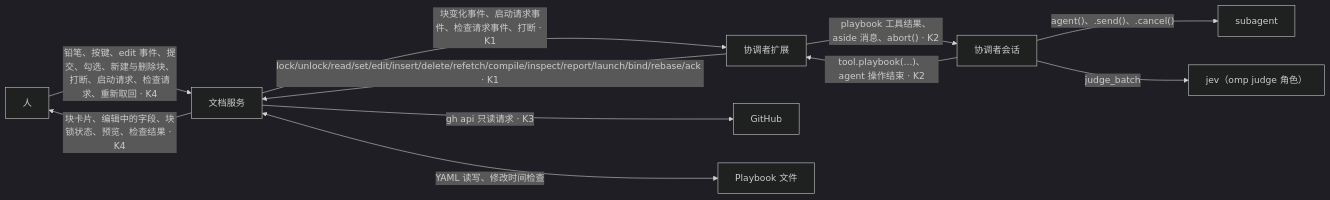
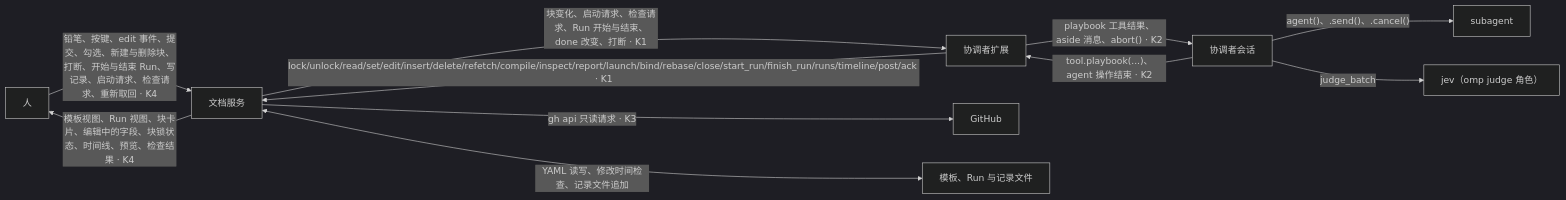
The fourth of 4 diagrams in design/README.md (mouriya-s-lab/tern-playbooks), drawn with Mermaid (dark theme) before and after one commit. The commit also changed other lines of this file and 5 other files, not shown here.

Commit message:
design: templates and runs, run timeline and records, block-result references; usage scenarios U1-U4

````diff
--- a/design/README.md
+++ b/design/README.md
@@ -249,13 +289,13 @@
 ```mermaid
 flowchart LR
-  Human["人"] -->|"铅笔、按键、edit 事件、提交、勾选、新建与删除块、打断、启动请求、检查请求、重新取回 · K4"| DocSvc["文档服务"]
-  DocSvc -->|"块卡片、编辑中的字段、块锁状态、预览、检查结果 · K4"| Human
-  Ext["协调者扩展"] -->|"lock/unlock/read/set/edit/insert/delete/refetch/compile/inspect/report/launch/bind/rebase/ack · K1"| DocSvc
-  DocSvc -->|"块变化事件、启动请求事件、检查请求事件、打断 · K1"| Ext
+  Human["人"] -->|"铅笔、按键、edit 事件、提交、勾选、新建与删除块、打断、开始与结束 Run、写记录、启动请求、检查请求、重新取回 · K4"| DocSvc["文档服务"]
+  DocSvc -->|"模板视图、Run 视图、块卡片、编辑中的字段、块锁状态、时间线、预览、检查结果 · K4"| Human
+  Ext["协调者扩展"] -->|"lock/unlock/read/set/edit/insert/delete/refetch/compile/inspect/report/launch/bind/rebase/close/start_run/finish_run/runs/timeline/post/ack · K1"| DocSvc
+  DocSvc -->|"块变化、启动请求、检查请求、Run 开始与结束、done 改变、打断 · K1"| Ext
   Ext -->|"playbook 工具结果、aside 消息、abort() · K2"| Coord["协调者会话"]
   Coord -->|"tool.playbook(...)、agent 操作结束 · K2"| Ext
   Coord -->|"agent()、.send()、.cancel()"| Sub["subagent"]
   Coord -->|"judge_batch"| Jev["jev（omp judge 角色）"]
   DocSvc -->|"gh api 只读请求 · K3"| GitHub["GitHub"]
-  DocSvc <-->|"YAML 读写、修改时间检查"| File["Playbook 文件"]
+  DocSvc <-->|"YAML 读写、修改时间检查、记录文件追加"| File["模板、Run 与记录文件"]
 ```
````
